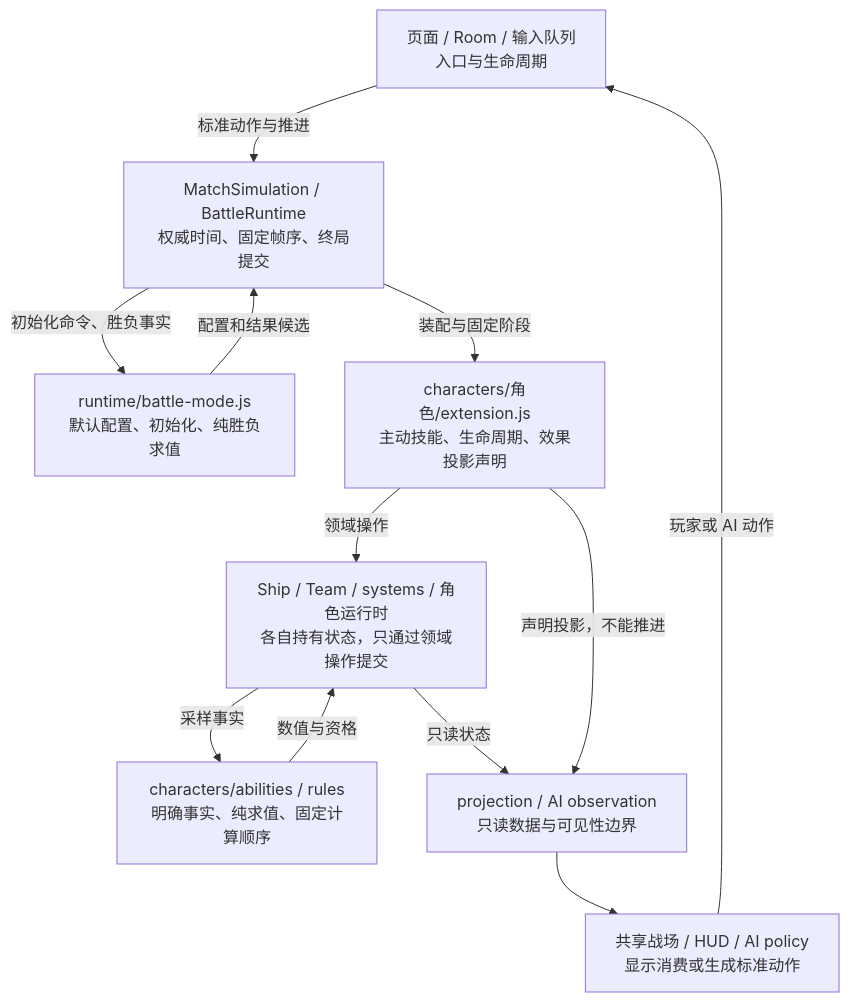
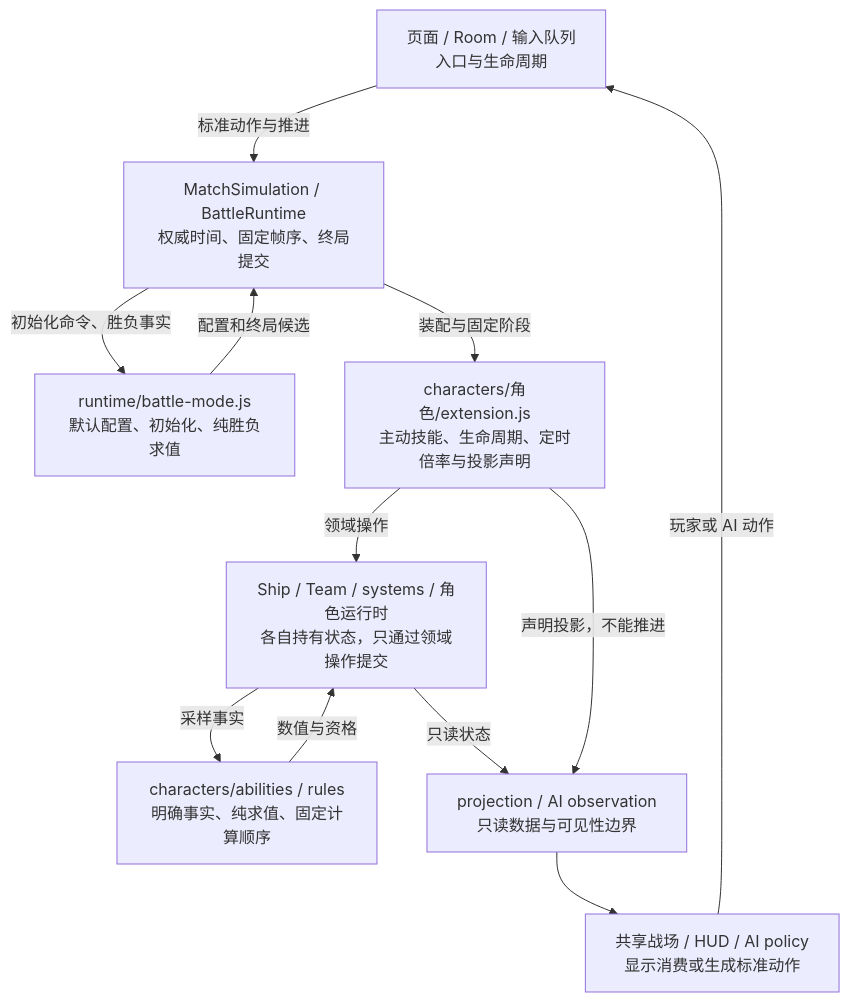
One commit to Haruhi-Labs/TDOS changed the first of 11 diagrams in docs/architecture-map.md. Above: the diagram before and after it, drawn with Mermaid. The commit also changed other lines of this file and 14 other files, not shown here.

````diff
--- a/docs/architecture-map.md
+++ b/docs/architecture-map.md
@@ -13,22 +13,22 @@
 ```mermaid
 flowchart TB
   ENTRY["页面 / Room / 输入队列<br/>入口与生命周期"]
   MODE["runtime/battle-mode.js<br/>默认配置、初始化、纯胜负求值"]
   RUNTIME["MatchSimulation / BattleRuntime<br/>权威时间、固定帧序、终局提交"]
-  CHARACTER["characters/角色/extension.js<br/>主动技能、生命周期、效果投影声明"]
+  CHARACTER["characters/角色/extension.js<br/>主动技能、生命周期、定时倍率与投影声明"]
   OWNER["Ship / Team / systems / 角色运行时<br/>各自持有状态，只通过领域操作提交"]
   FACTS["characters/abilities / rules<br/>明确事实、纯求值、固定计算顺序"]
   VIEW["projection / AI observation<br/>只读数据与可见性边界"]
   CLIENT["共享战场 / HUD / AI policy<br/>显示消费或生成标准动作"]
   ENTRY -->|标准动作与推进| RUNTIME
   RUNTIME -->|初始化命令、胜负事实| MODE
-  MODE -->|配置和结果候选| RUNTIME
+  MODE -->|配置和终局候选| RUNTIME
   RUNTIME -->|装配与固定阶段| CHARACTER
   CHARACTER -->|领域操作| OWNER
   OWNER -->|采样事实| FACTS
   FACTS -->|数值与资格| OWNER
   OWNER -->|只读状态| VIEW
   CHARACTER -->|声明投影，不能推进| VIEW
   VIEW --> CLIENT
   CLIENT -->|玩家或 AI 动作| ENTRY
 ```
````
